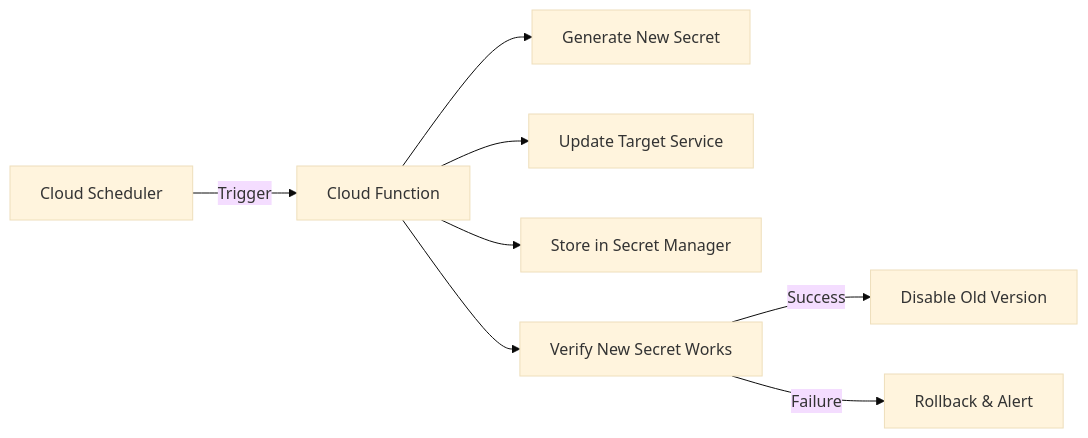
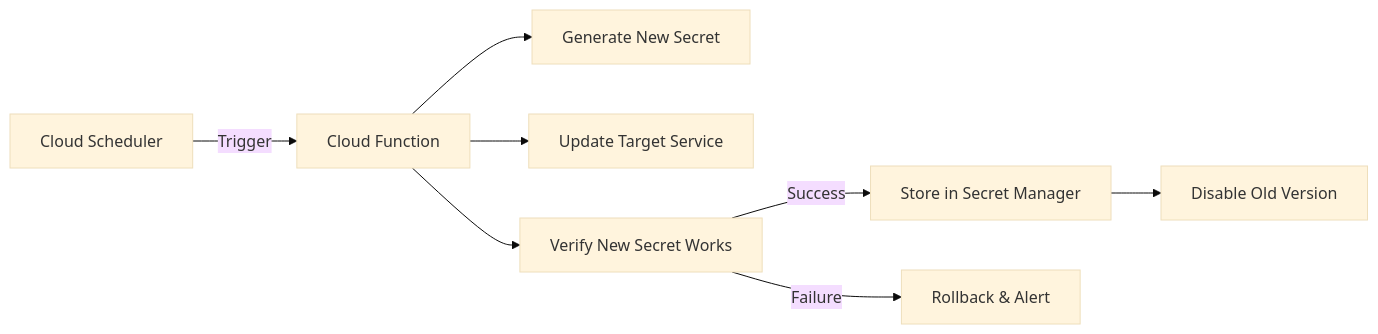
One commit to OneUptime/blog changed the diagram in posts/2026-02-17-how-to-set-up-automated-secret-rotation-with-google-cloud-secret-manager-and-cloud-functions/README.md. Above: the diagram before and after it, drawn with Mermaid (base theme). The commit also changed other lines of this file and 2 other files, not shown here.

Commit message:
validate: 2026-02-17-how-to-set-up-automated-secret-rotation-with-google-cloud-secret-manager-and-cloud-functions

````diff
--- a/posts/2026-02-17-how-to-set-up-automated-secret-rotation-with-google-cloud-secret-manager-and-cloud-functions/README.md
+++ b/posts/2026-02-17-how-to-set-up-automated-secret-rotation-with-google-cloud-secret-manager-and-cloud-functions/README.md
@@ -17,10 +17,10 @@
 ```mermaid
 flowchart LR
     A[Cloud Scheduler] -->|Trigger| B[Cloud Function]
     B --> C[Generate New Secret]
     B --> D[Update Target Service]
-    B --> E[Store in Secret Manager]
     B --> F[Verify New Secret Works]
-    F -->|Success| G[Disable Old Version]
+    F -->|Success| E[Store in Secret Manager]
+    E --> G[Disable Old Version]
     F -->|Failure| H[Rollback & Alert]
 ```
````
